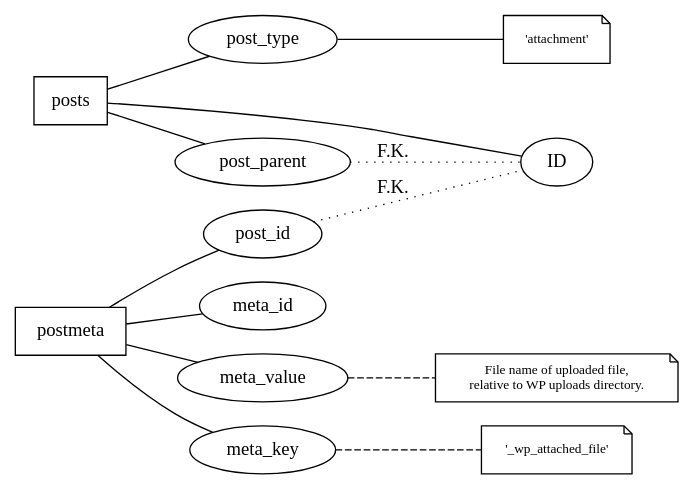
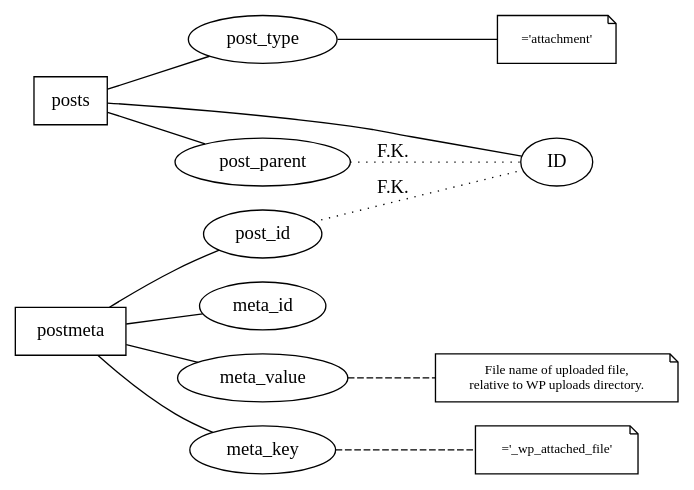
One commit to samwilson/kohana_webdb changed the diagram in resources/img/guide/wordpress_erd.dot. Above: the diagram before and after it, drawn with Graphviz. The commit also changed 4 other files, not shown here.

```diff
--- a/resources/img/guide/wordpress_erd.dot
+++ b/resources/img/guide/wordpress_erd.dot
@@ -1,37 +1,38 @@
 graph {
     rankdir=LR
 
-
+	
     /* Nodes */
 
     posts[shape=rect]
     posts_id[shape=ellipse, label="ID"]
     post_type[label="post_type"]
     post_parent
-    post_type_note[label="'attachment'", shape=note, fontsize=10]
+    post_type_note[label="='attachment'", shape=note, fontsize=10]
 
     postmeta[shape=rect]
     meta_key
     meta_value
-    meta_key_note[label="'_wp_attached_file'", shape=note, fontsize=10]
+    meta_key_note[label="='_wp_attached_file'", shape=note, fontsize=10]
     meta_value_note[label="File name of uploaded file,\nrelative to WP uploads directory.", shape=note, fontsize=10]
 
+	
     /* Edges */
 
     posts--posts_id
     posts--post_type
     posts--post_parent
     post_type--post_type_note
     post_parent--posts_id[style=dotted, label="F.K."]
 
     postmeta--post_id
     postmeta--meta_id
     postmeta--meta_key
     postmeta--meta_value
 
     post_id--posts_id[style=dotted, label="F.K."]
 
     meta_key--meta_key_note[style=dashed]
     meta_value--meta_value_note[style=dashed]
 
 }
```
